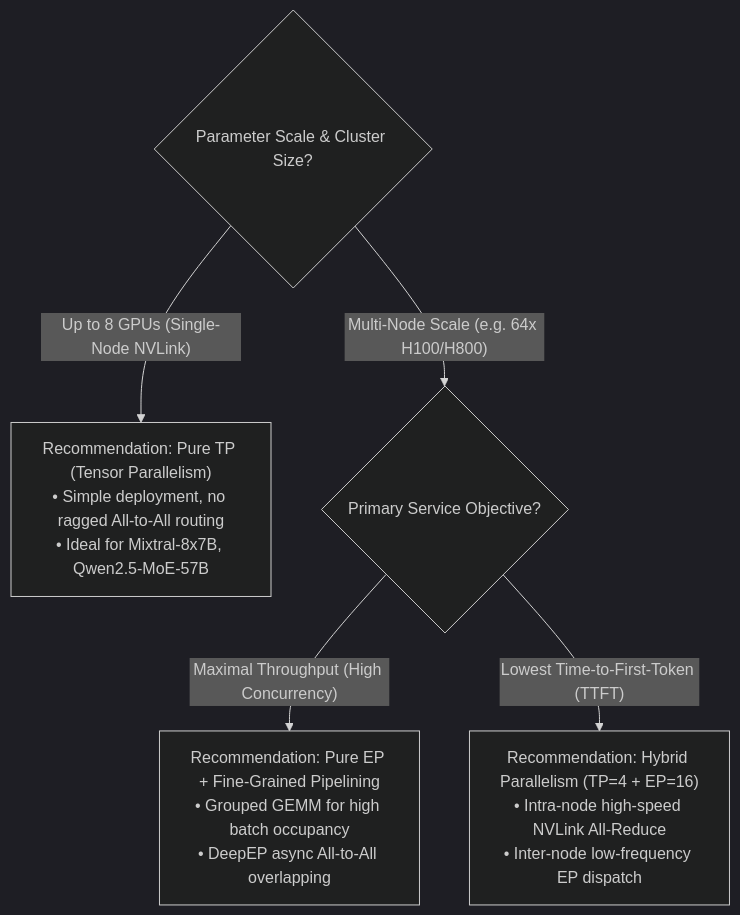
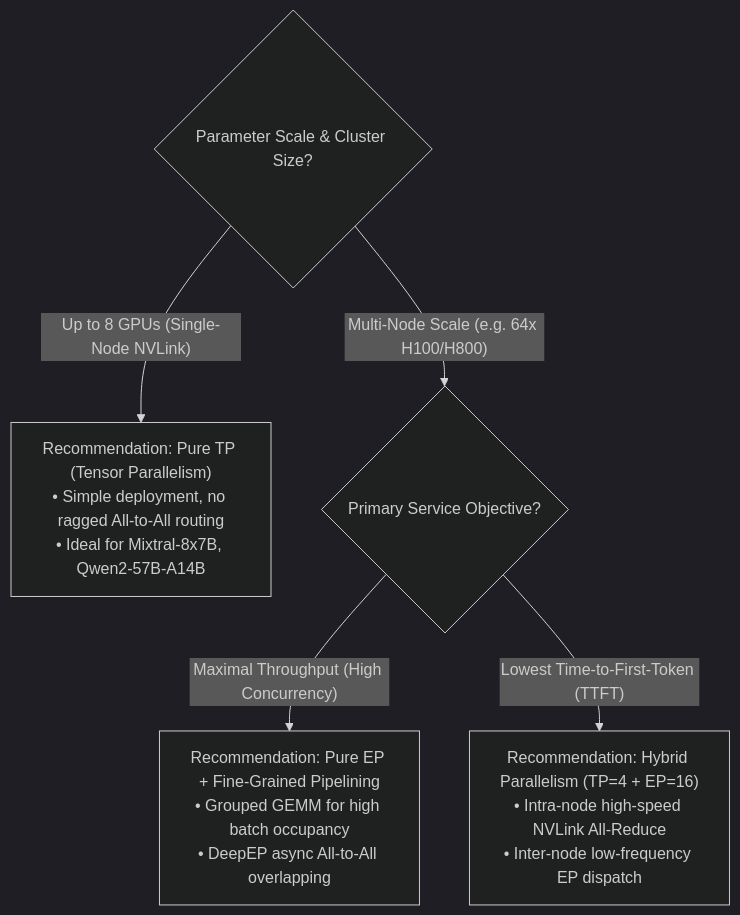
Before and after one commit to ifnodoraemon/ifnodoraemon.github.io: the sixth of 6 diagrams in content/en/articles/moe-expert-parallelism-inference-engine.en.md, drawn with Mermaid (dark theme). The commit also changed other lines of this file and 171 other files, not shown here.

````diff
--- a/content/en/articles/moe-expert-parallelism-inference-engine.en.md
+++ b/content/en/articles/moe-expert-parallelism-inference-engine.en.md
@@ -452,12 +452,12 @@
 ```mermaid
 flowchart TD
     Q1{"Parameter Scale & Cluster Size?"}
     
-    Q1 -- "Up to 8 GPUs (Single-Node NVLink)" --> DEC_TP["Recommendation: Pure TP (Tensor Parallelism)<br/>• Simple deployment, no ragged All-to-All routing<br/>• Ideal for Mixtral-8x7B, Qwen2.5-MoE-57B"]
+    Q1 -- "Up to 8 GPUs (Single-Node NVLink)" --> DEC_TP["Recommendation: Pure TP (Tensor Parallelism)<br/>• Simple deployment, no ragged All-to-All routing<br/>• Ideal for Mixtral-8x7B, Qwen2-57B-A14B"]
     
     Q1 -- "Multi-Node Scale (e.g. 64x H100/H800)" --> Q2{"Primary Service Objective?"}
     
     Q2 -- "Maximal Throughput (High Concurrency)" --> DEC_EP["Recommendation: Pure EP + Fine-Grained Pipelining<br/>• Grouped GEMM for high batch occupancy<br/>• DeepEP async All-to-All overlapping"]
     
     Q2 -- "Lowest Time-to-First-Token (TTFT)" --> DEC_HYBRID["Recommendation: Hybrid Parallelism (TP=4 + EP=16)<br/>• Intra-node high-speed NVLink All-Reduce<br/>• Inter-node low-frequency EP dispatch"]
 ```
````
